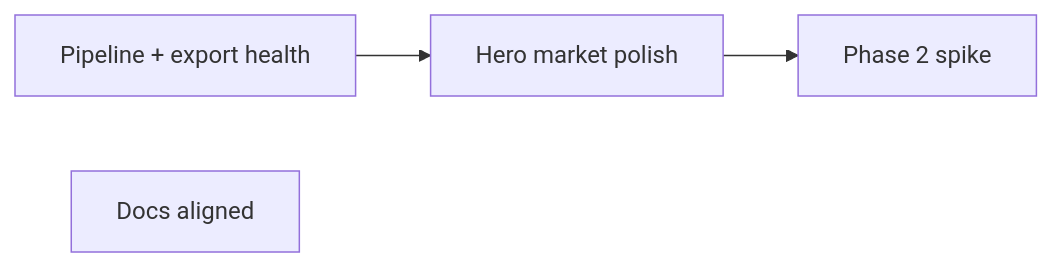
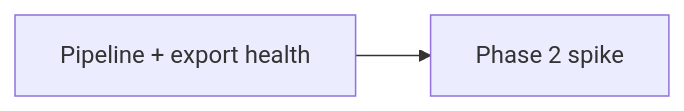
The diagram in docs/product_roadmap_2026-06.md (ramialfahham/stock-explorer-app), drawn with Mermaid before and after one commit. The commit also changed other lines of this file and 6 other files, not shown here.

First line of the commit message:
Hero market polish (S&P 500) and roadmap ops update.

````diff
--- a/docs/product_roadmap_2026-06.md
+++ b/docs/product_roadmap_2026-06.md
@@ -40,8 +41,6 @@
 ```mermaid
 flowchart LR
   Ops1[Pipeline + export health]
-  Hero[Hero market polish]
-  Docs[Docs aligned]
-  Ops1 --> Hero
-  Hero --> Phase2[Phase 2 spike]
+  Phase2[Phase 2 spike]
+  Ops1 --> Phase2
 ```
````
